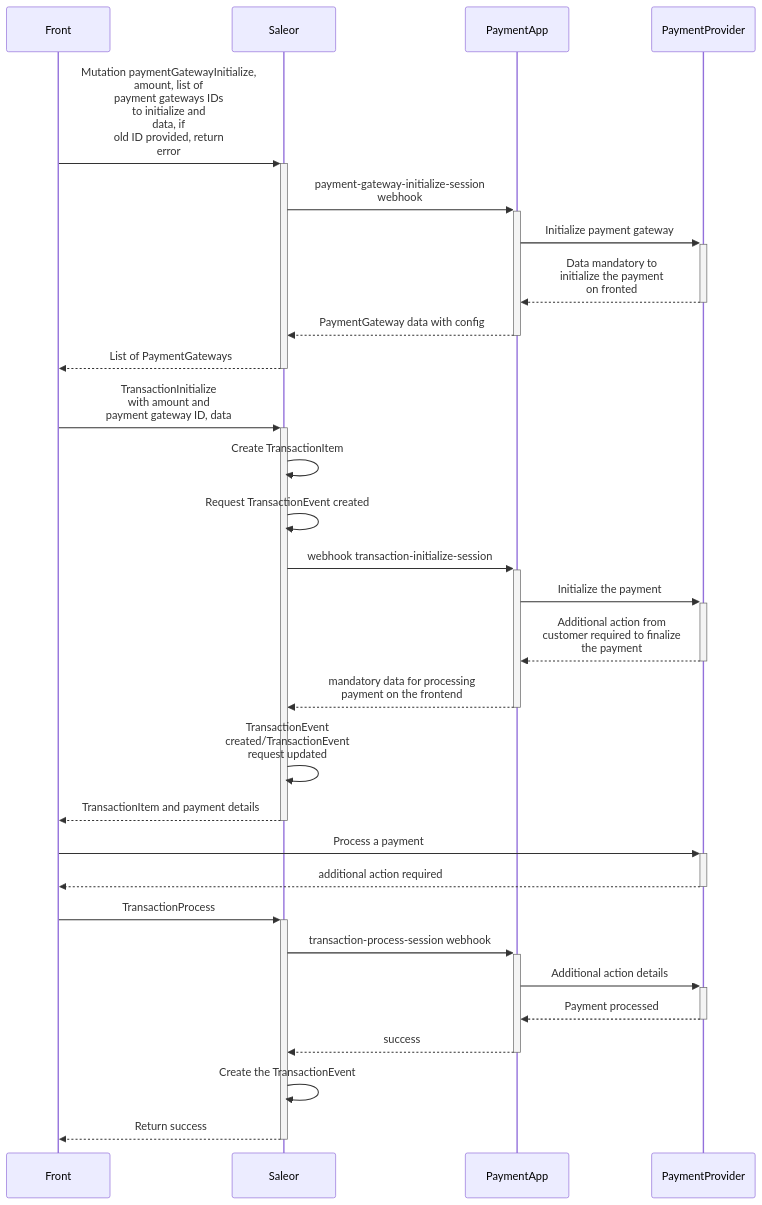
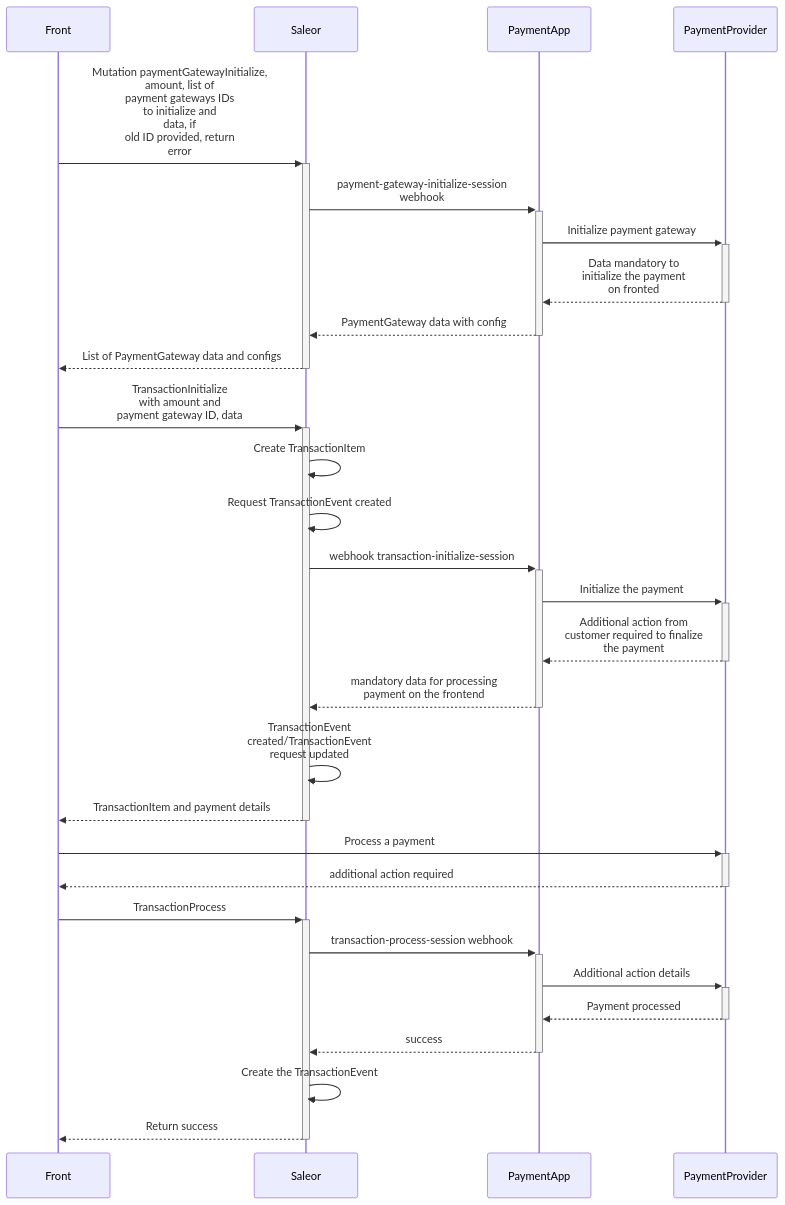
One commit to saleor/saleor-docs changed the first of 4 diagrams in docs/developer/payments.mdx. Above: the diagram before and after it, drawn with Mermaid. The commit also changed other lines of this file, not shown here.

````diff
--- a/docs/developer/payments.mdx
+++ b/docs/developer/payments.mdx
@@ -37,27 +48,27 @@
 ```mermaid
 sequenceDiagram
   Front ->>+ Saleor: Mutation paymentGatewayInitialize,<br>amount, list of<br>payment gateways IDs<br>to initialize and <br>data, if<br>old ID provided, return<br>error
   Saleor ->>+ PaymentApp: payment-gateway-initialize-session<br>webhook
   PaymentApp ->>+ PaymentProvider: Initialize payment gateway
   PaymentProvider -->>- PaymentApp: Data mandatory to<br>initialize the payment<br>on fronted
   PaymentApp -->>- Saleor: PaymentGateway data with config
-  Saleor -->>- Front: List of PaymentGateways
+  Saleor -->>- Front: List of PaymentGateway data and configs
   Front ->>+ Saleor: TransactionInitialize<br> with amount and<br>payment gateway ID, data
   Saleor ->> Saleor: Create TransactionItem
   Saleor ->> Saleor: Request TransactionEvent created
   Saleor ->>+ PaymentApp: webhook transaction-initialize-session
   PaymentApp ->>+ PaymentProvider: Initialize the payment
   PaymentProvider -->>- PaymentApp: Additional action from<br>customer required to finalize<br>the payment
   PaymentApp -->>- Saleor: mandatory data for processing<br>payment on the frontend
   Saleor ->> Saleor: TransactionEvent <br>created/TransactionEvent<br>request updated
   Saleor -->>- Front: TransactionItem and payment details
   Front ->>+ PaymentProvider: Process a payment
   PaymentProvider -->>- Front: additional action required
   Front ->>+ Saleor: TransactionProcess
   Saleor ->>+ PaymentApp: transaction-process-session webhook
   PaymentApp ->>+ PaymentProvider: Additional action details
   PaymentProvider -->>- PaymentApp: Payment processed
   PaymentApp -->>- Saleor: success
   Saleor ->> Saleor: Create the TransactionEvent
   Saleor -->>- Front: Return success
 ```
````
